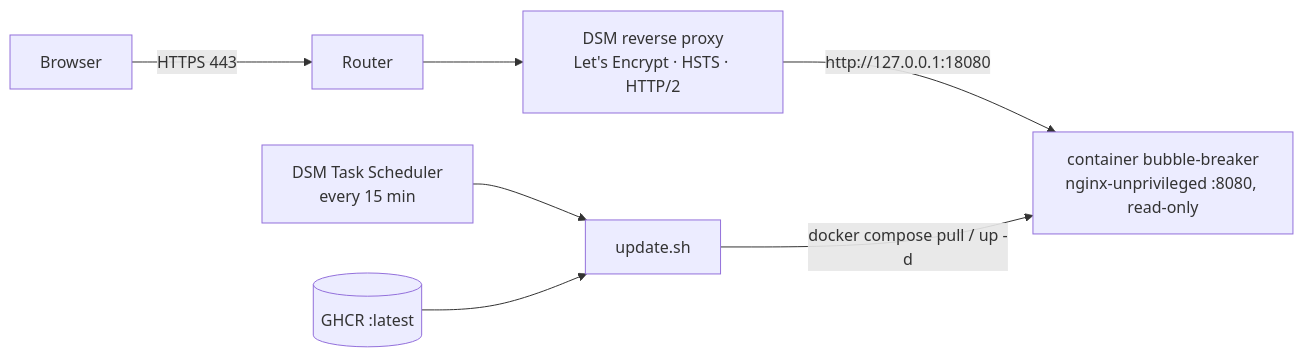
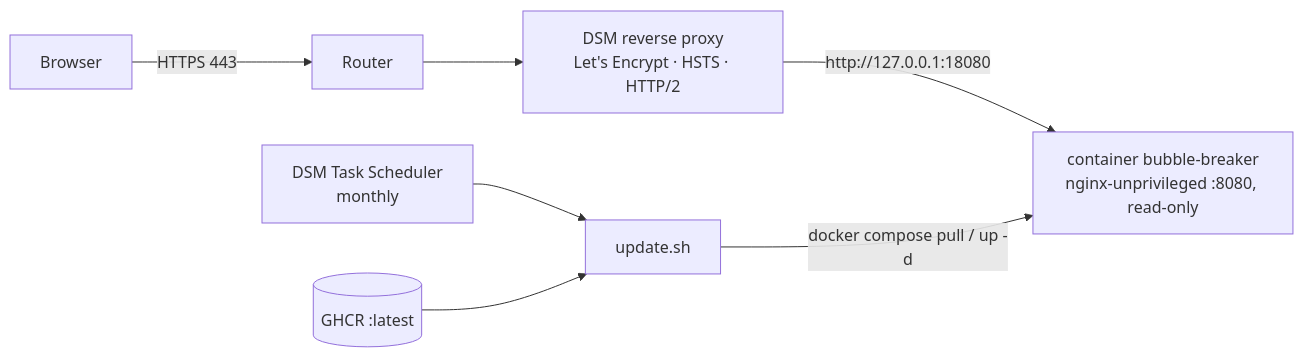
The diagram in docs/06-deployment.md (Obichris11/bubble-breaker), drawn with Mermaid before and after one commit. The commit also changed other lines of this file and 3 other files, not shown here.

First line of the commit message:
fix(deploy): updater runs monthly without flock, NAS setup in the DSM web UI only (#23)

````diff
--- a/docs/06-deployment.md
+++ b/docs/06-deployment.md
@@ -20,9 +20,9 @@
 ```mermaid
 flowchart LR
   browser[Browser] -->|"HTTPS 443"| router[Router]
   router --> proxy["DSM reverse proxy<br/>Let's Encrypt · HSTS · HTTP/2"]
   proxy -->|"http://127.0.0.1:18080"| app["container bubble-breaker<br/>nginx-unprivileged :8080, read-only"]
-  task["DSM Task Scheduler<br/>every 15 min"] --> upd[update.sh]
+  task["DSM Task Scheduler<br/>monthly"] --> upd[update.sh]
   upd -->|"docker compose pull / up -d"| app
   ghcr[(GHCR :latest)] --> upd
 ```
````
